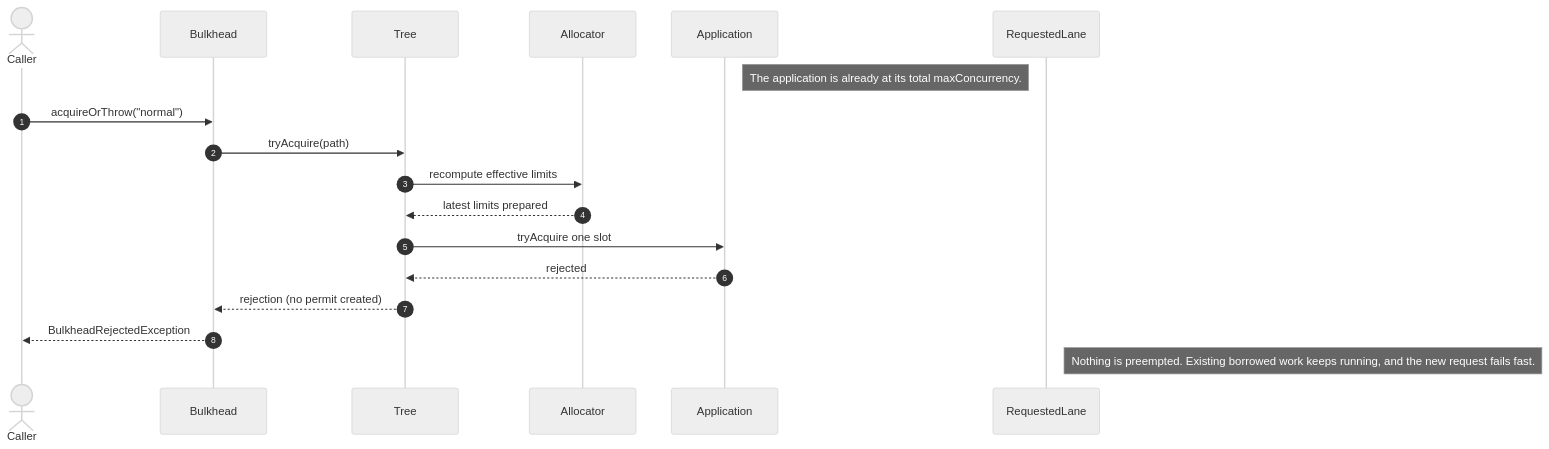
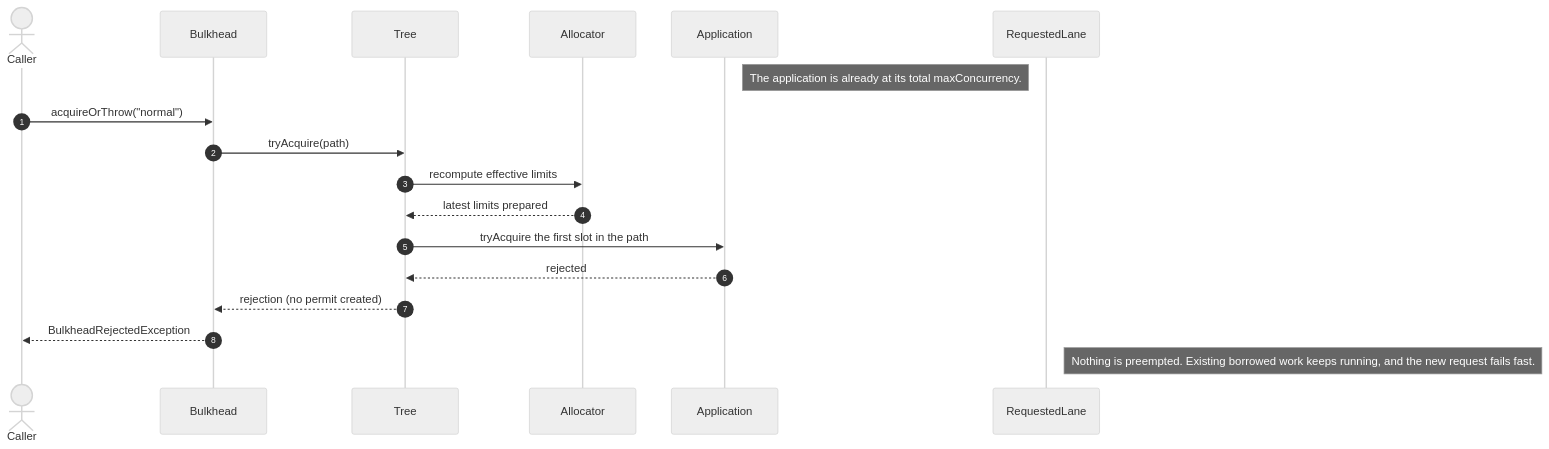
One commit to rrobetti/adaptive-bulkhead changed the third of 4 diagrams in docs/sequence-diagrams.md. Above: the diagram before and after it, drawn with Mermaid (neutral theme). The commit also changed other lines of this file, not shown here.

Commit message:
docs: show iteration in sequence diagrams

````diff
--- a/docs/sequence-diagrams.md
+++ b/docs/sequence-diagrams.md
@@ -80,20 +89,20 @@
 ```mermaid
 sequenceDiagram
     autonumber
     actor Caller
     participant Bulkhead
     participant Tree
     participant Allocator
     participant Application
     participant RequestedLane
     Note right of Application: The application is already at its total maxConcurrency.
     Caller->>Bulkhead: acquireOrThrow("normal")
     Bulkhead->>Tree: tryAcquire(path)
     Tree->>Allocator: recompute effective limits
     Allocator-->>Tree: latest limits prepared
-    Tree->>Application: tryAcquire one slot
+    Tree->>Application: tryAcquire the first slot in the path
     Application-->>Tree: rejected
     Tree-->>Bulkhead: rejection (no permit created)
     Bulkhead-->>Caller: BulkheadRejectedException
     Note right of RequestedLane: Nothing is preempted. Existing borrowed work keeps running, and the new request fails fast.
 ```
````
